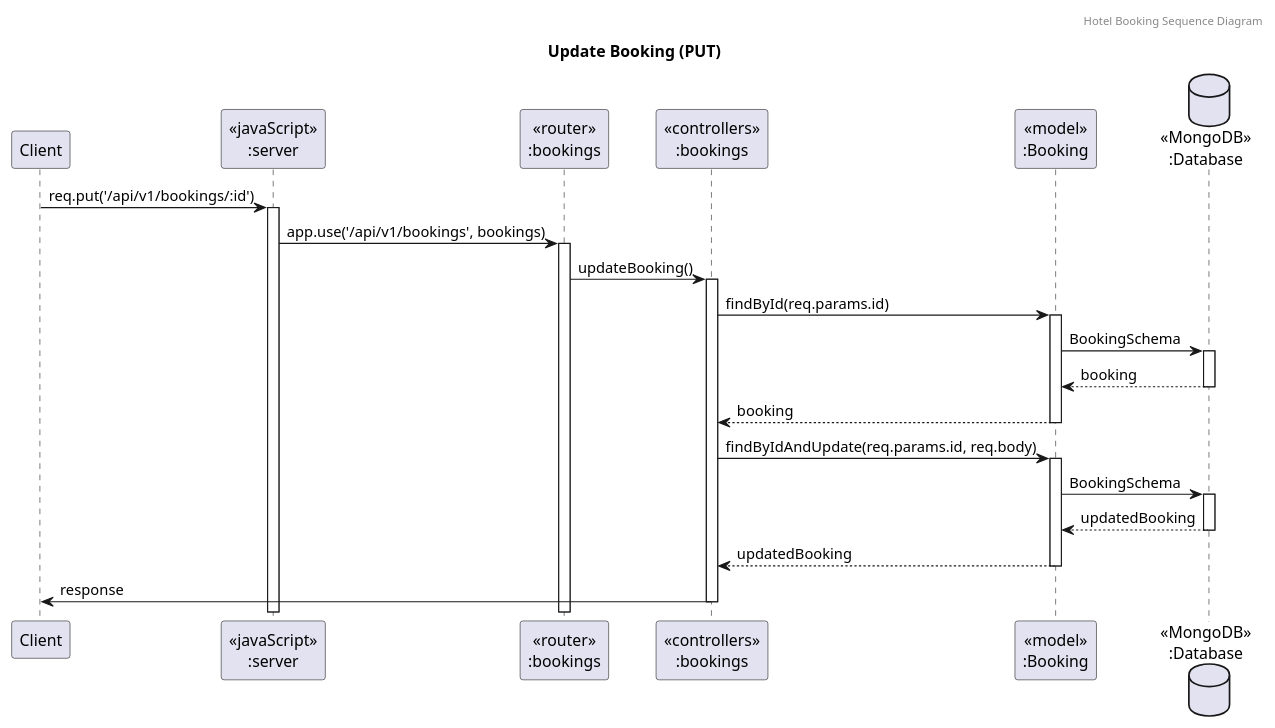
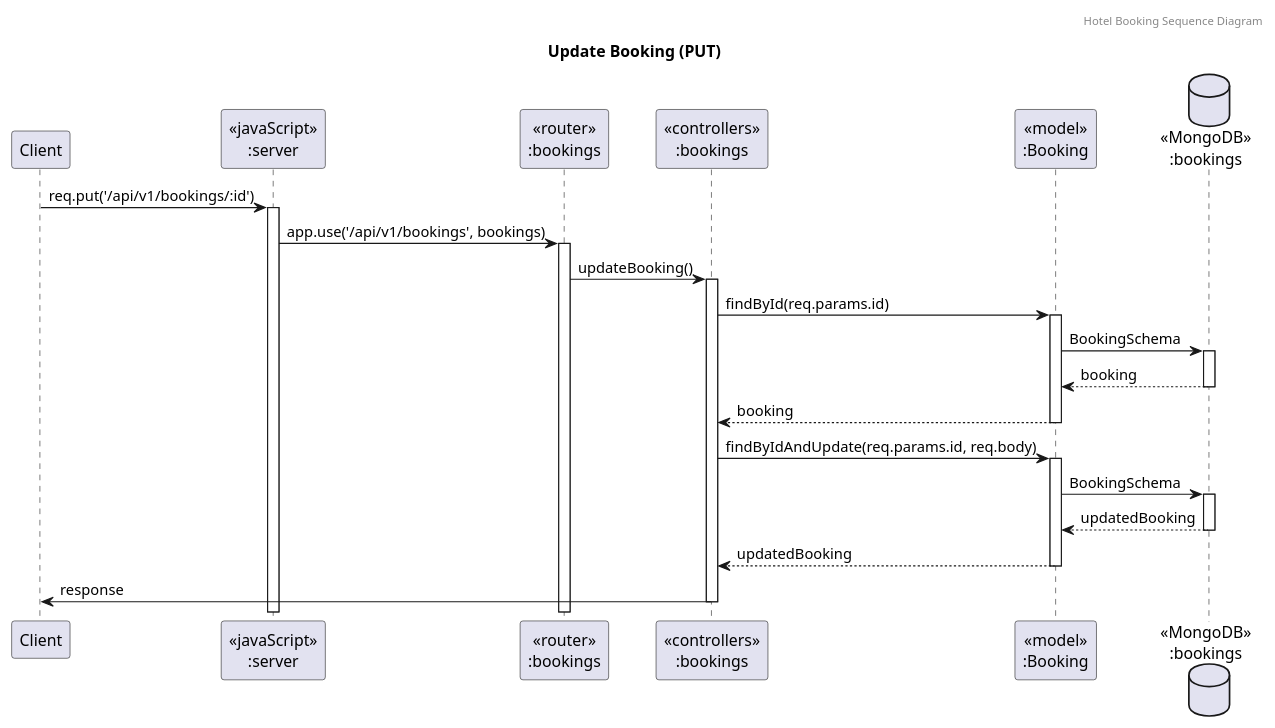
The diagram in UMLDocuments/Sequence/Booking/Booking (Update)/UpdateBooking.puml (CaseCrescent/BackEnd-TestProject), drawn with PlantUML before and after one commit. The commit also changed 13 other files, not shown here.

```diff
--- a/UMLDocuments/Sequence/Booking/Booking (Update)/UpdateBooking.puml
+++ b/UMLDocuments/Sequence/Booking/Booking (Update)/UpdateBooking.puml
@@ -1,29 +1,29 @@
 @startuml Update Booking (PUT)
 header Hotel Booking Sequence Diagram
 title "Update Booking (PUT)"
 
 participant "Client" as client
 participant "<<javaScript>>\n:server" as server
 participant "<<router>>\n:bookings" as routerBookings
 participant "<<controllers>>\n:bookings" as controllersBookings
 participant "<<model>>\n:Booking" as modelBooking
-database "<<MongoDB>>\n:Database" as Database
+database "<<MongoDB>>\n:bookings" as Database
 
 client->server ++:req.put('/api/v1/bookings/:id')
 server->routerBookings ++:app.use('/api/v1/bookings', bookings)
 routerBookings -> controllersBookings ++:updateBooking()
 
 ' Check existing booking
 controllersBookings->modelBooking ++:findById(req.params.id)
 modelBooking ->Database ++: BookingSchema
 Database --> modelBooking --: booking
 modelBooking --> controllersBookings --: booking
 
 ' Update booking
 controllersBookings->modelBooking ++:findByIdAndUpdate(req.params.id, req.body)
 modelBooking ->Database ++: BookingSchema
 Database --> modelBooking --: updatedBooking
 controllersBookings <-- modelBooking --:updatedBooking
 controllersBookings->client --:response
 
 @enduml
```
